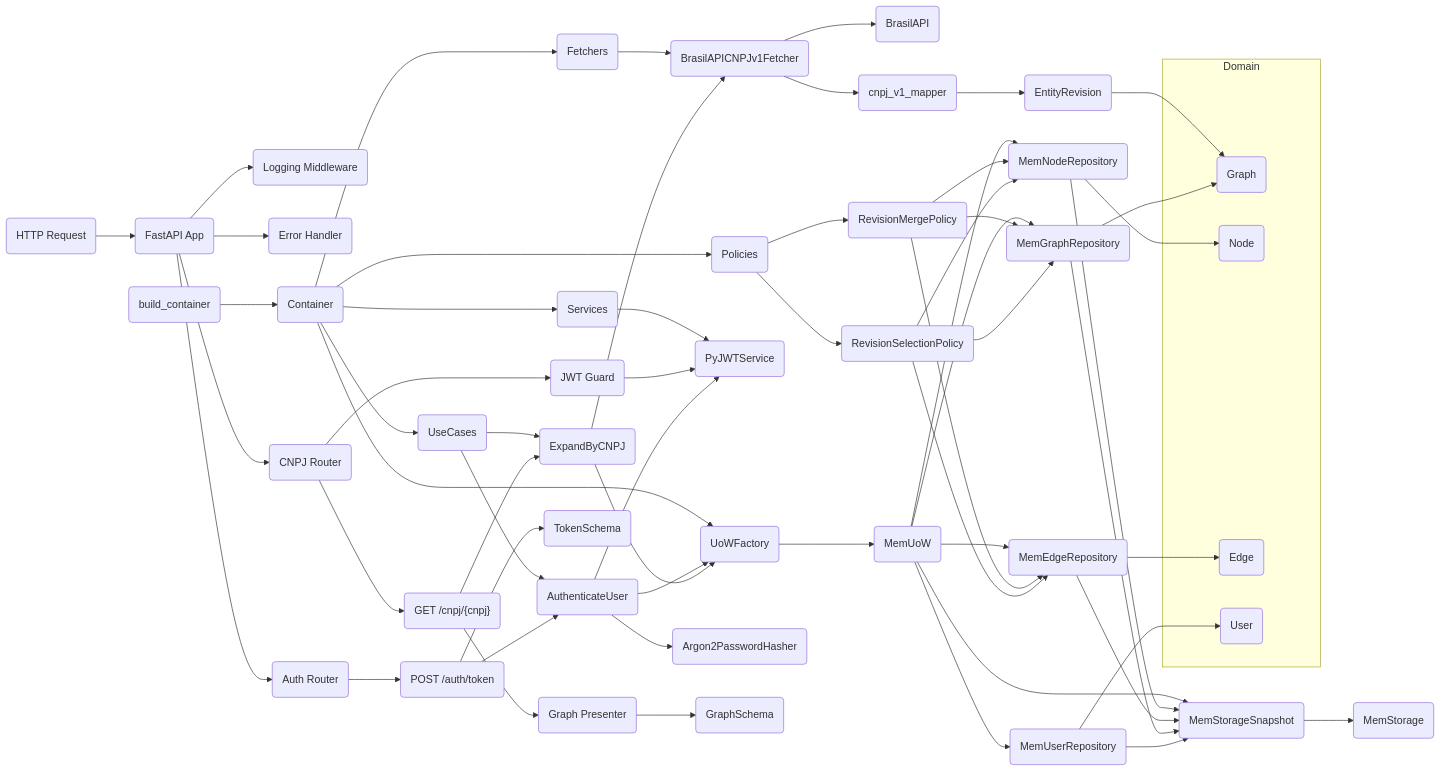
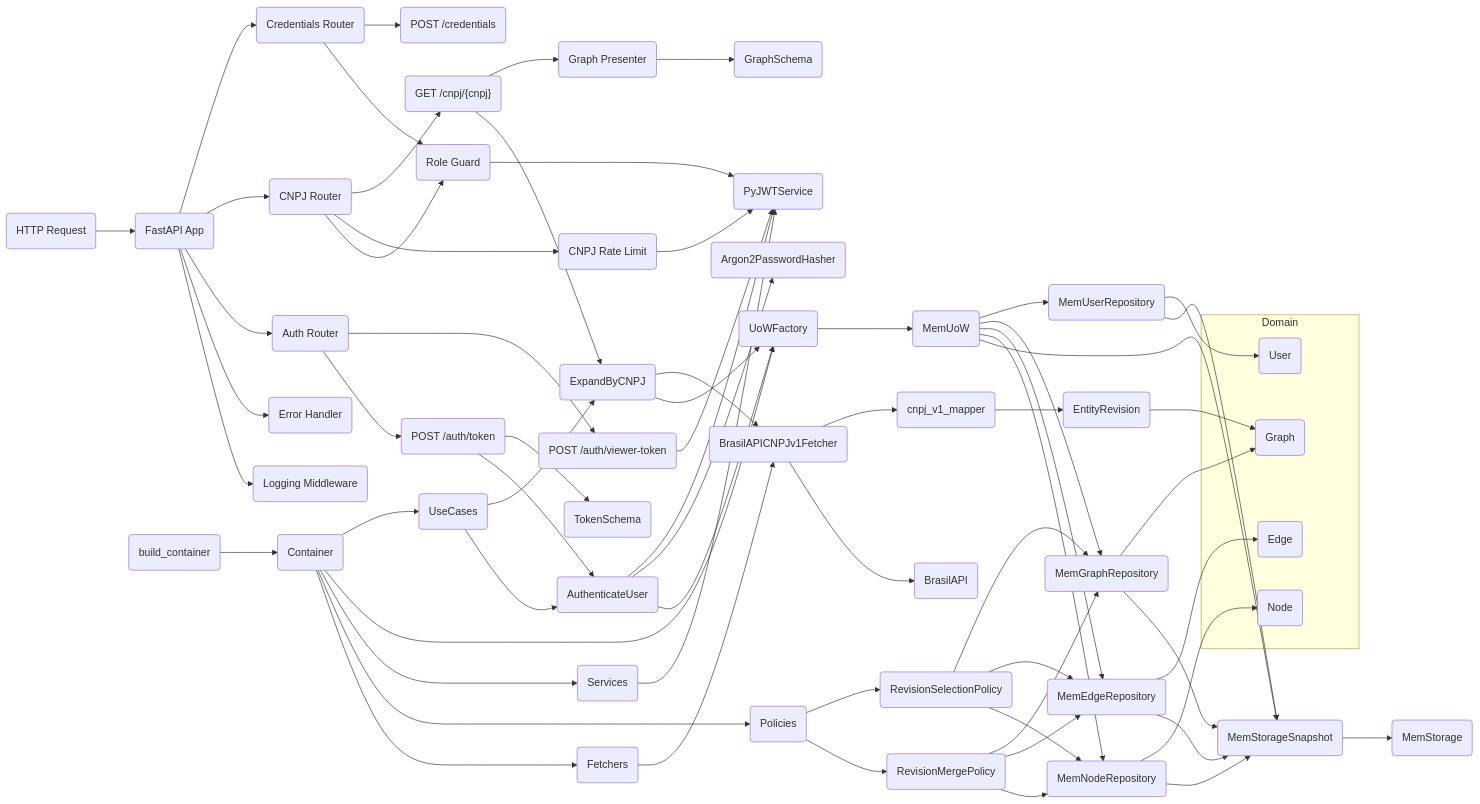
One commit to geldois/osint-engine changed the diagram in README.md. Above: the diagram before and after it, drawn with Mermaid. The commit also changed other lines of this file and 2 other files, not shown here.

Commit message:
docs: record ADRs for role-guard authorization and fastapi-throttle over slowapi

```diff
--- a/README.md
+++ b/README.md
@@ -35,10 +35,15 @@
     FastAPI --> ErrorHandler("Error Handler")
     FastAPI --> AuthRouter("Auth Router")
     FastAPI --> CNPJRouter("CNPJ Router")
+    FastAPI --> CredentialsRouter("Credentials Router")
 
     AuthRouter --> PostToken("POST /auth/token")
-    CNPJRouter --> JWTGuard("JWT Guard")
+    AuthRouter --> PostViewerToken("POST /auth/viewer-token")
+    CNPJRouter --> RoleGuard("Role Guard")
+    CNPJRouter --> CnpjRateLimit("CNPJ Rate Limit")
     CNPJRouter --> GetCNPJ("GET /cnpj/{cnpj}")
+    CredentialsRouter --> RoleGuard
+    CredentialsRouter --> PostCredential("POST /credentials")
 
     Bootstrap("build_container") --> Container("Container")
     Container --> Fetchers("Fetchers")
@@ -53,8 +58,10 @@
     Fetchers --> CNPJFetcher("BrasilAPICNPJv1Fetcher")
 
     PostToken --> AuthenticateUser
+    PostViewerToken --> PyJWTService
     GetCNPJ --> ExpandByCNPJ
-    JWTGuard --> PyJWTService
+    RoleGuard --> PyJWTService
+    CnpjRateLimit --> PyJWTService
 
     AuthenticateUser --> UoWFactory
     AuthenticateUser --> Argon2("Argon2PasswordHasher")
```
